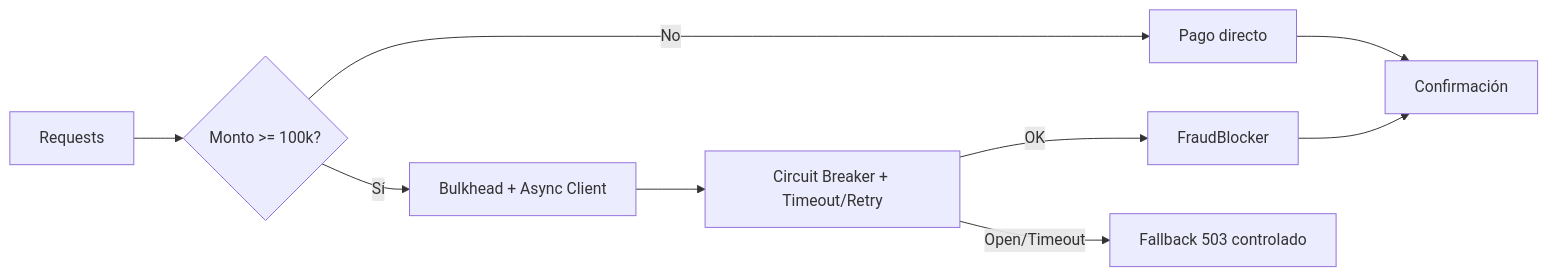
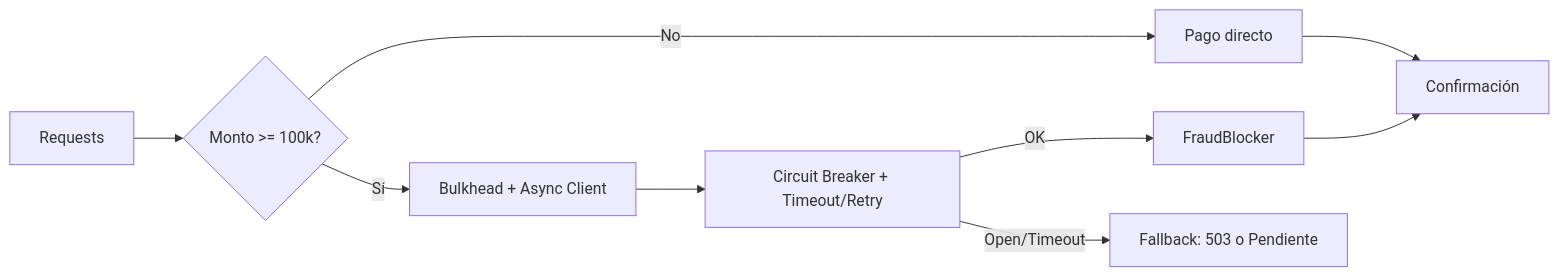
Before and after one commit to sdmorenob/swarch-2025-ii: the third of 5 diagrams in laboratories/laboratory_4/jtorresle-kgonzalezg-jacarrilloc/README.md, drawn with Mermaid. The commit also changed other lines of this file, not shown here.

````diff
--- a/laboratories/laboratory_4/jtorresle-kgonzalezg-jacarrilloc/README.md
+++ b/laboratories/laboratory_4/jtorresle-kgonzalezg-jacarrilloc/README.md
@@ -160,11 +160,11 @@
 ```mermaid
 flowchart LR
   In[Requests] --> Router{Monto >= 100k?}
   Router -- No --> FastPath[Pago directo]
   Router -- Sí --> Gate[Bulkhead + Async Client]
   Gate --> CB[Circuit Breaker + Timeout/Retry]
   CB -->|OK| Fraud[FraudBlocker]
-  CB -->|Open/Timeout| Degrade[Fallback 503 controlado]
+  CB -->|Open/Timeout| Degrade[Fallback: 503 o Pendiente]
   FastPath --> Proc[Confirmación]
   Fraud --> Proc
 ```
````
